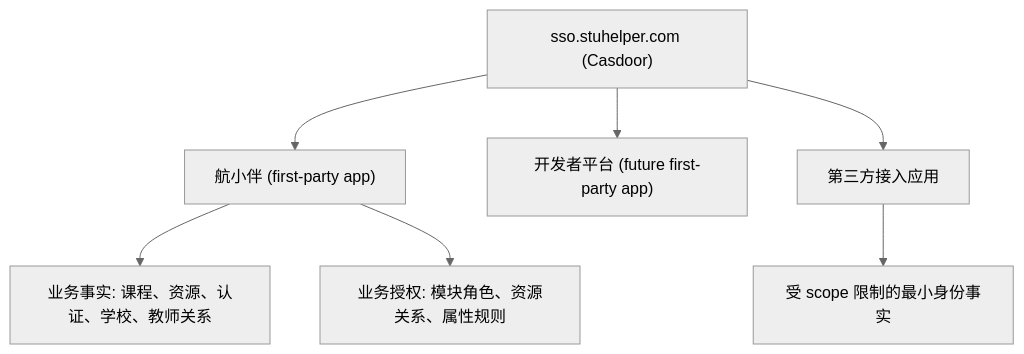
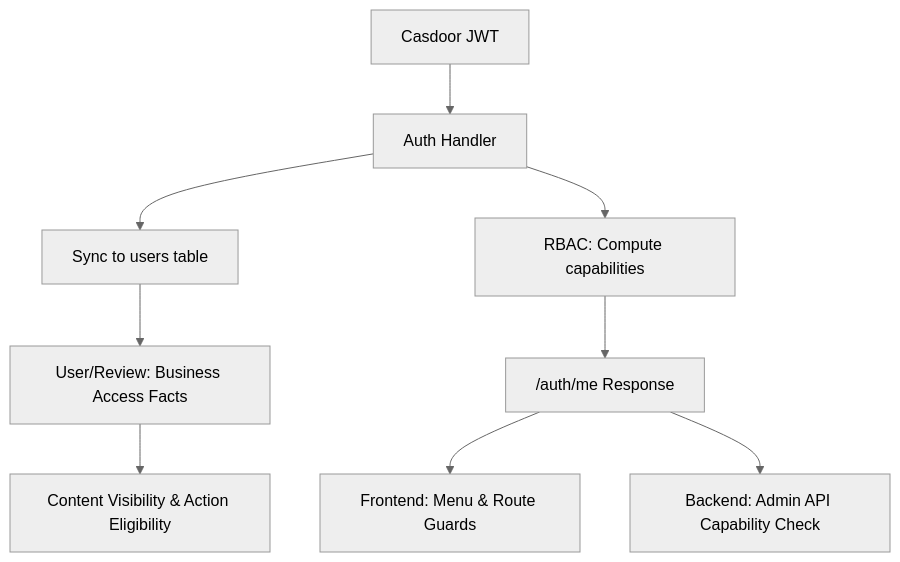
The diagram in docs/architecture/ecosystem-identity-and-authorization.md (StuHelper/StuHelper), drawn with Mermaid (neutral theme) before and after one commit. The commit also changed other lines of this file and 30 other files, not shown here.

````diff
--- a/docs/architecture/ecosystem-identity-and-authorization.md
+++ b/docs/architecture/ecosystem-identity-and-authorization.md
@@ -21,10 +54,11 @@
 ```mermaid
 flowchart TD
-    A["sso.stuhelper.com (Casdoor)"] --> B["航小伴 (first-party app)"]
-    A --> C["开发者平台 (future first-party app)"]
-    A --> D["第三方接入应用"]
-
-    B --> E["业务事实: 课程、资源、认证、学校、教师关系"]
-    B --> F["业务授权: 模块角色、资源关系、属性规则"]
-    D --> G["受 scope 限制的最小身份事实"]
+    A["Casdoor JWT"] --> B["Auth Handler"]
+    B --> C["Sync to users table"]
+    B --> D["RBAC: Compute capabilities"]
+    D --> E["/auth/me Response"]
+    E --> F["Frontend: Menu & Route Guards"]
+    E --> G["Backend: Admin API Capability Check"]
+    C --> H["User/Review: Business Access Facts"]
+    H --> I["Content Visibility & Action Eligibility"]
 ```
````
